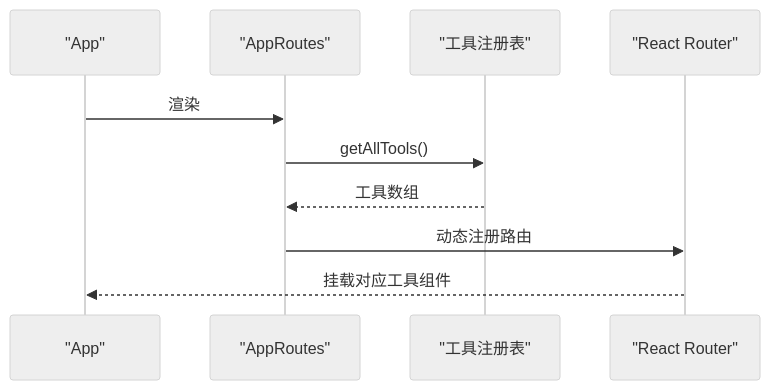
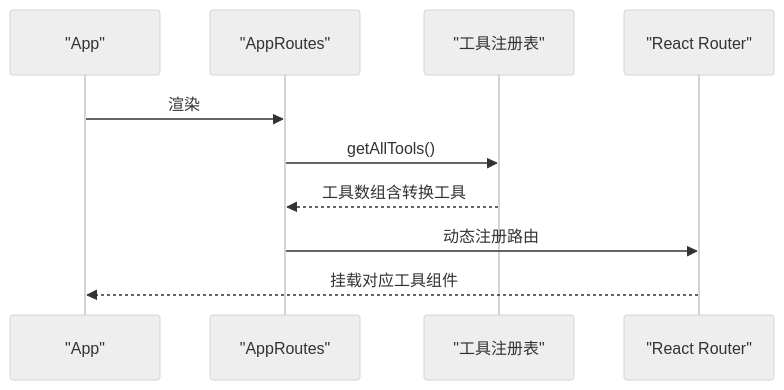
Before and after one commit to xkdaq/XKUtil: the fourth of 10 diagrams in .qoder/repowiki/zh/content/开发指南/开发指南.md, drawn with Mermaid (neutral theme). The commit also changed other lines of this file and 3 other files, not shown here.

````diff
--- a/.qoder/repowiki/zh/content/开发指南/开发指南.md
+++ b/.qoder/repowiki/zh/content/开发指南/开发指南.md
@@ -179,12 +197,12 @@
 ```mermaid
 sequenceDiagram
 participant App as "App"
 participant Routes as "AppRoutes"
 participant Registry as "工具注册表"
 participant Router as "React Router"
 App->>Routes : 渲染
 Routes->>Registry : getAllTools()
-Registry-->>Routes : 工具数组
+Registry-->>Routes : 工具数组含转换工具
 Routes->>Router : 动态注册路由
 Router-->>App : 挂载对应工具组件
 ```
````
